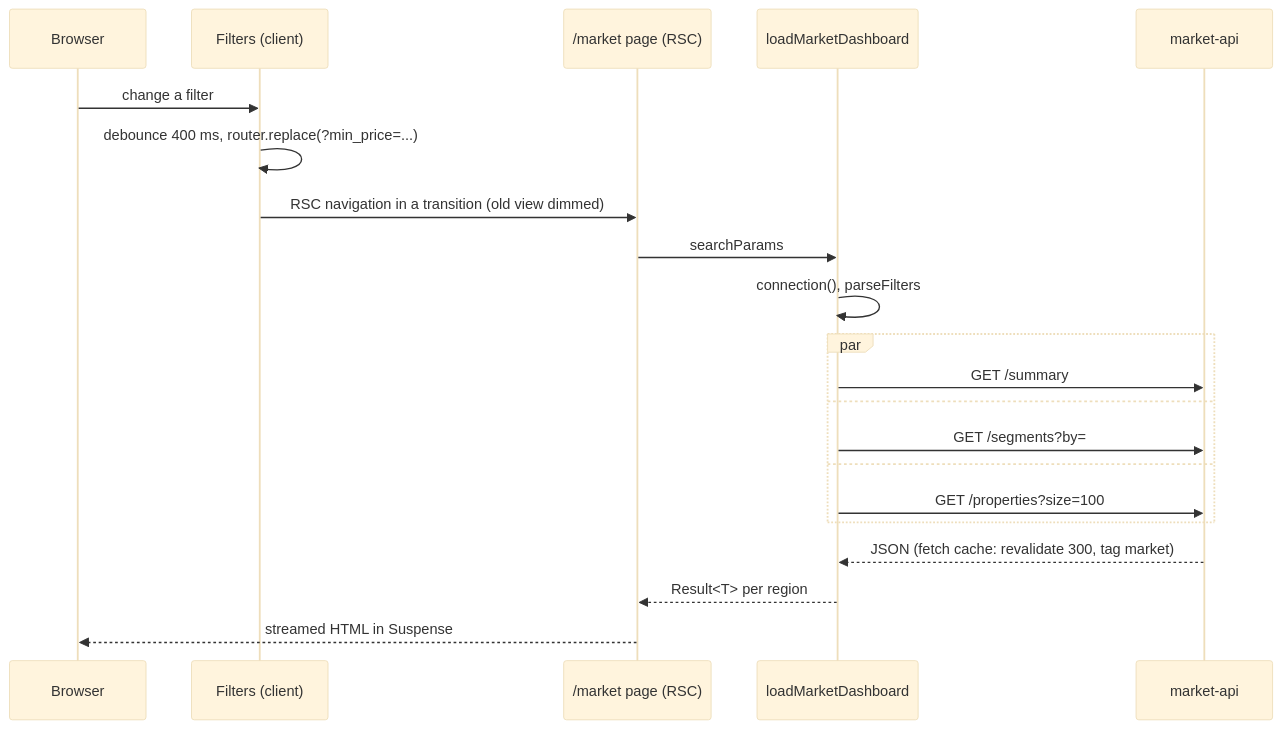
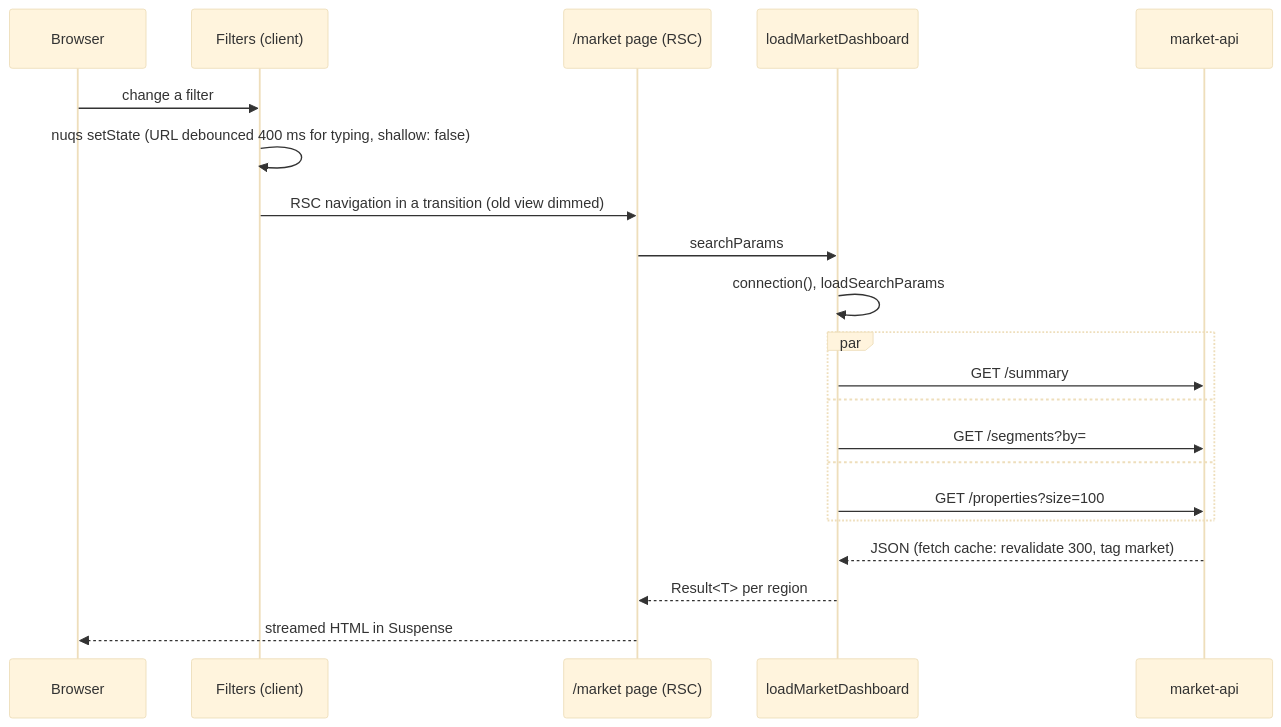
Before and after one commit to Ekhrapykin/housing-prediction-portal: the second of 2 diagrams in web/ARCHITECTURE.md, drawn with Mermaid (base theme). The commit also changed other lines of this file and 15 other files, not shown here.

First line of the commit message:
Use nuqs for URL state and add request timeout and cancellation

````diff
--- a/web/ARCHITECTURE.md
+++ b/web/ARCHITECTURE.md
@@ -47,23 +48,23 @@
 ```mermaid
 sequenceDiagram
   participant U as Browser
   participant F as Filters (client)
   participant P as /market page (RSC)
   participant L as loadMarketDashboard
   participant M as market-api
   U->>F: change a filter
-  F->>F: debounce 400 ms, router.replace(?min_price=...)
+  F->>F: nuqs setState (URL debounced 400 ms for typing, shallow: false)
   F->>P: RSC navigation in a transition (old view dimmed)
   P->>L: searchParams
-  L->>L: connection(), parseFilters
+  L->>L: connection(), loadSearchParams
   par
     L->>M: GET /summary
   and
     L->>M: GET /segments?by=
   and
     L->>M: GET /properties?size=100
   end
   M-->>L: JSON (fetch cache: revalidate 300, tag market)
   L-->>P: Result<T> per region
   P-->>U: streamed HTML in Suspense
 ```
````
